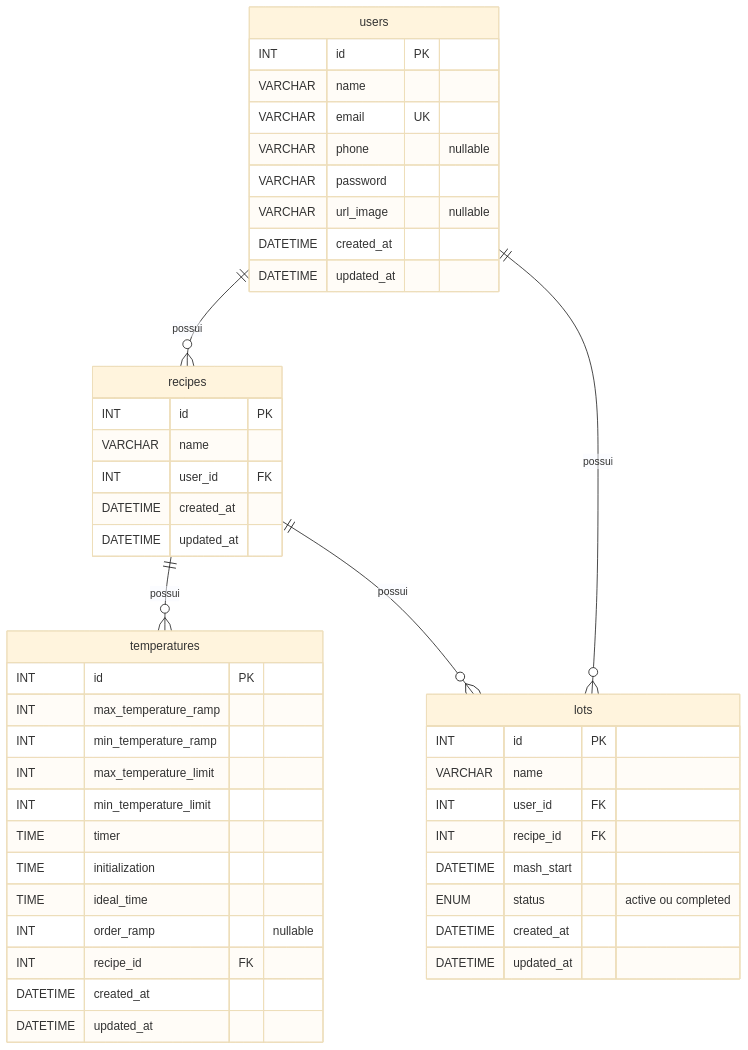
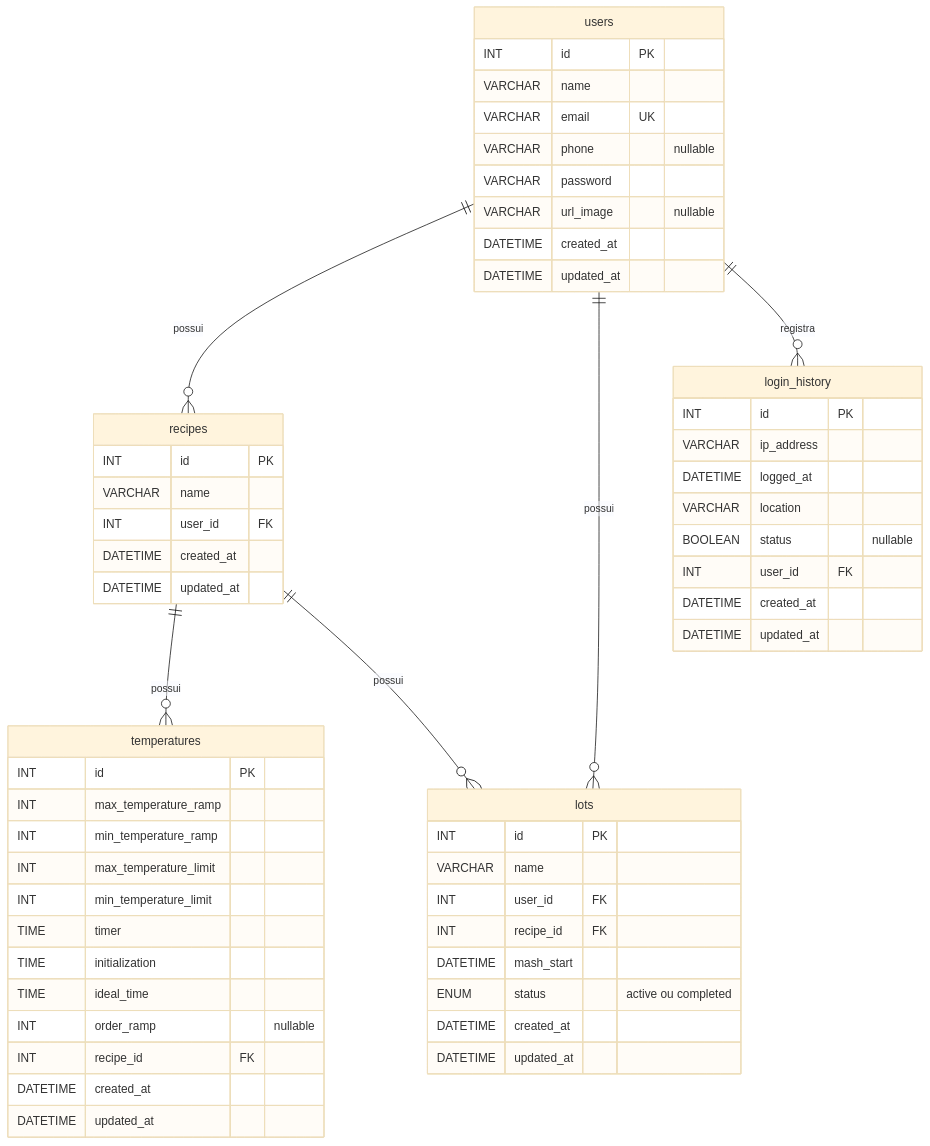
Before and after one commit to conloq/database: the diagram in README.md, drawn with Mermaid (base theme). The commit also changed other lines of this file and 2 other files, not shown here.

Commit message:
docs: incluir login_history no MER implementado e atualizar o estado de lots (conloq/mash#102)

````diff
--- a/README.md
+++ b/README.md
@@ -31,49 +35,60 @@
 ```mermaid
 erDiagram
     users ||--o{ recipes : possui
     recipes ||--o{ temperatures : possui
     users ||--o{ lots : possui
     recipes ||--o{ lots : possui
+    users ||--o{ login_history : registra
 
     users {
         INT id PK
         VARCHAR name
         VARCHAR email UK
         VARCHAR phone "nullable"
         VARCHAR password
         VARCHAR url_image "nullable"
         DATETIME created_at
         DATETIME updated_at
     }
     recipes {
         INT id PK
         VARCHAR name
         INT user_id FK
         DATETIME created_at
         DATETIME updated_at
     }
     temperatures {
         INT id PK
         INT max_temperature_ramp
         INT min_temperature_ramp
         INT max_temperature_limit
         INT min_temperature_limit
         TIME timer
         TIME initialization
         TIME ideal_time
         INT order_ramp "nullable"
         INT recipe_id FK
         DATETIME created_at
         DATETIME updated_at
     }
     lots {
         INT id PK
         VARCHAR name
         INT user_id FK
         INT recipe_id FK
         DATETIME mash_start
         ENUM status "active ou completed"
         DATETIME created_at
         DATETIME updated_at
     }
+    login_history {
+        INT id PK
+        VARCHAR ip_address
+        DATETIME logged_at
+        VARCHAR location
+        BOOLEAN status "nullable"
+        INT user_id FK
+        DATETIME created_at
+        DATETIME updated_at
+    }
 ```
````
